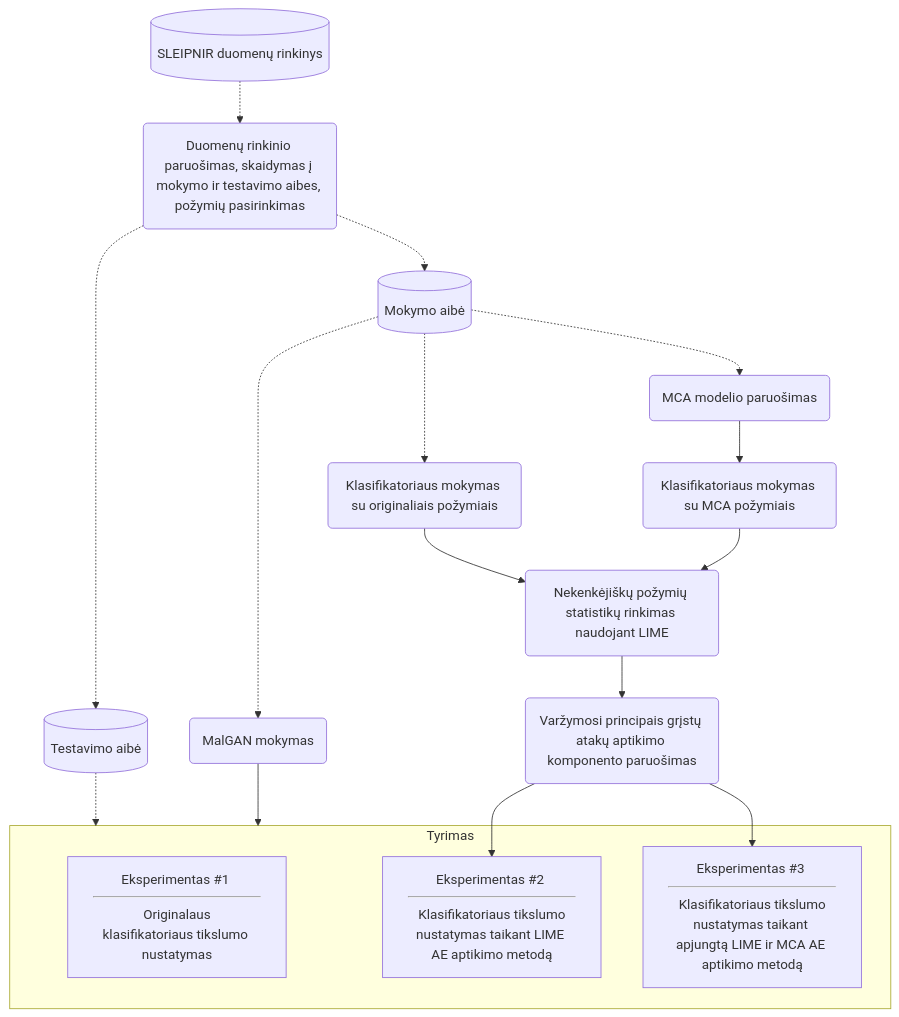
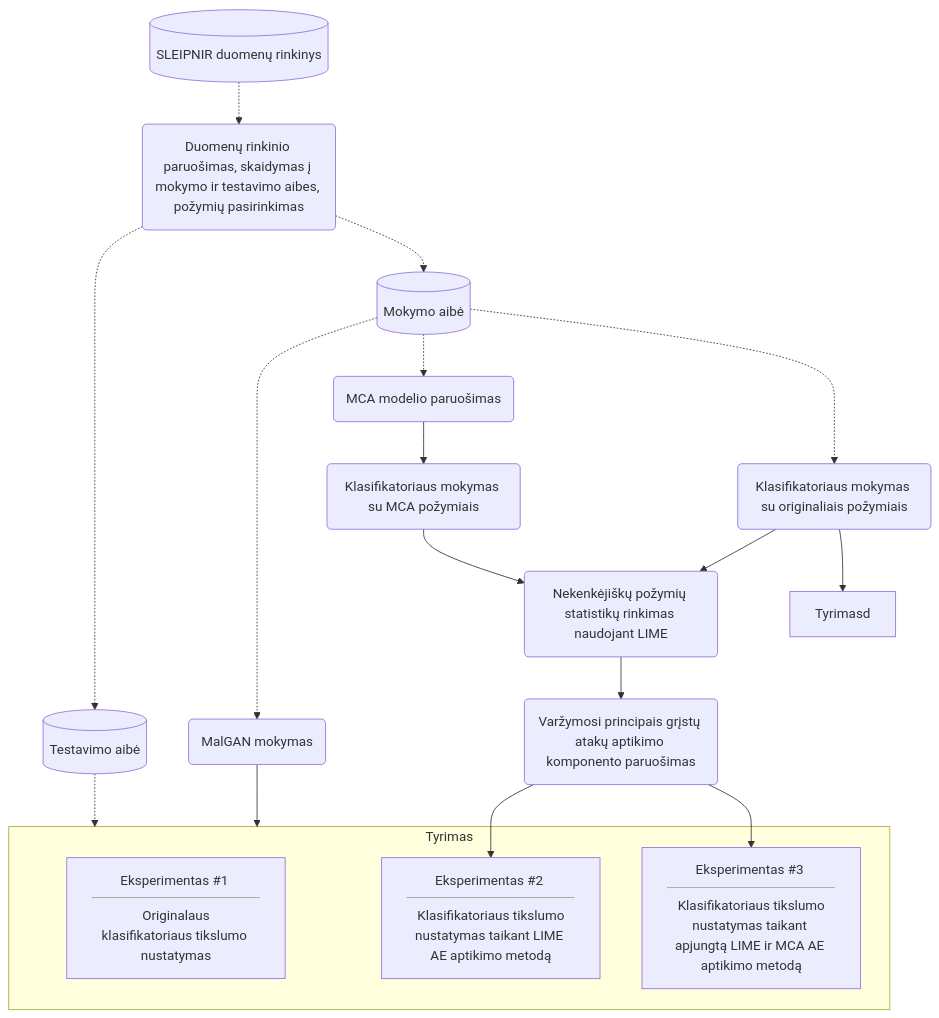
Before and after one commit to onlyidev/bachelor.thesis: the diagram in diagrams/methodology.mmd, drawn with Mermaid. The commit also changed 7 other files, not shown here.

```diff
--- a/diagrams/methodology.mmd
+++ b/diagrams/methodology.mmd
@@ -1,36 +1,37 @@
 %% ---
 %% config:
 %%   layout: elk
 %% ---
 flowchart
 sleipnir[("SLEIPNIR duomenų rinkinys")]
 data("Duomenų rinkinio paruošimas, skaidymas į mokymo ir testavimo aibes, požymių pasirinkimas")
 data_test[("Testavimo aibė")]
 data_train[("Mokymo aibė")]
 train("MalGAN mokymas")
 mca("MCA modelio paruošimas")
 classify_mca("Klasifikatoriaus mokymas su MCA požymiais")
 classify("Klasifikatoriaus mokymas su originaliais požymiais")
 %% validate("Validate classifier performance 🔶")
 collect("Nekenkėjiškų požymių statistikų rinkimas naudojant LIME")
 lime("Varžymosi principais grįstų atakų aptikimo komponento paruošimas")
 exp1["Eksperimentas #1 <hr/> Originalaus klasifikatoriaus tikslumo nustatymas"]
 exp2["Eksperimentas #2 <hr/> Klasifikatoriaus tikslumo nustatymas taikant LIME AE aptikimo metodą"]
 exp3["Eksperimentas #3 <hr/> Klasifikatoriaus tikslumo nustatymas taikant apjungtą LIME ir MCA AE aptikimo metodą"]
 
 sleipnir -.-> data -.-> data_test & data_train
 data_train -.-> train
 data_train -.-> mca --> classify_mca
 data_train -.-> classify
 data_test -.-> Tyrimas
 
 classify --> collect
 classify_mca --> collect
 train --> Tyrimas
 collect --> lime --> exp2 & exp3
+classify --> Tyrimasd
 
 subgraph Tyrimas
     exp1
     exp2
     exp3
     end
```
